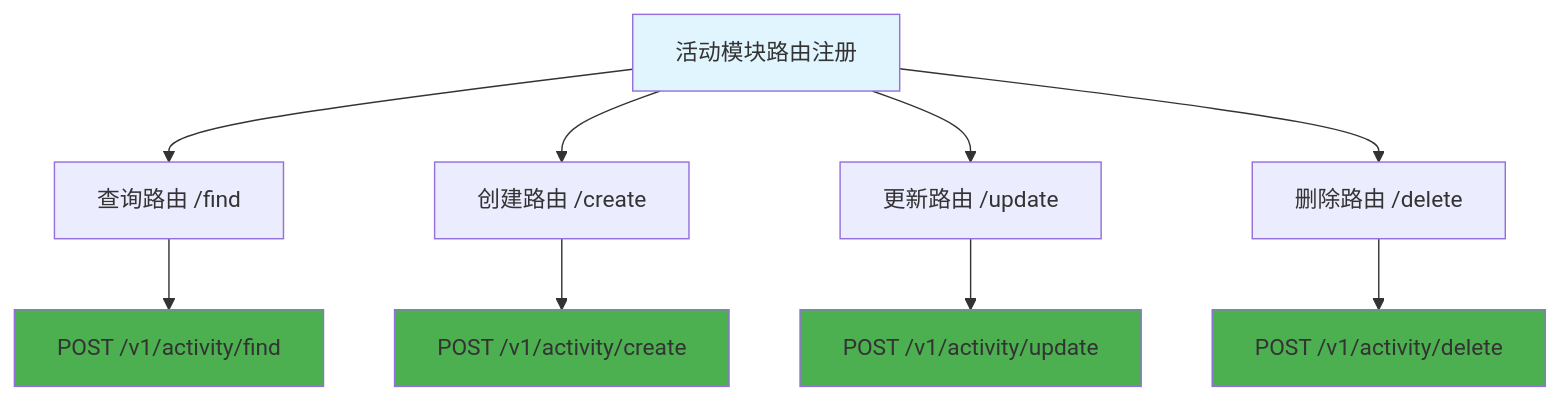
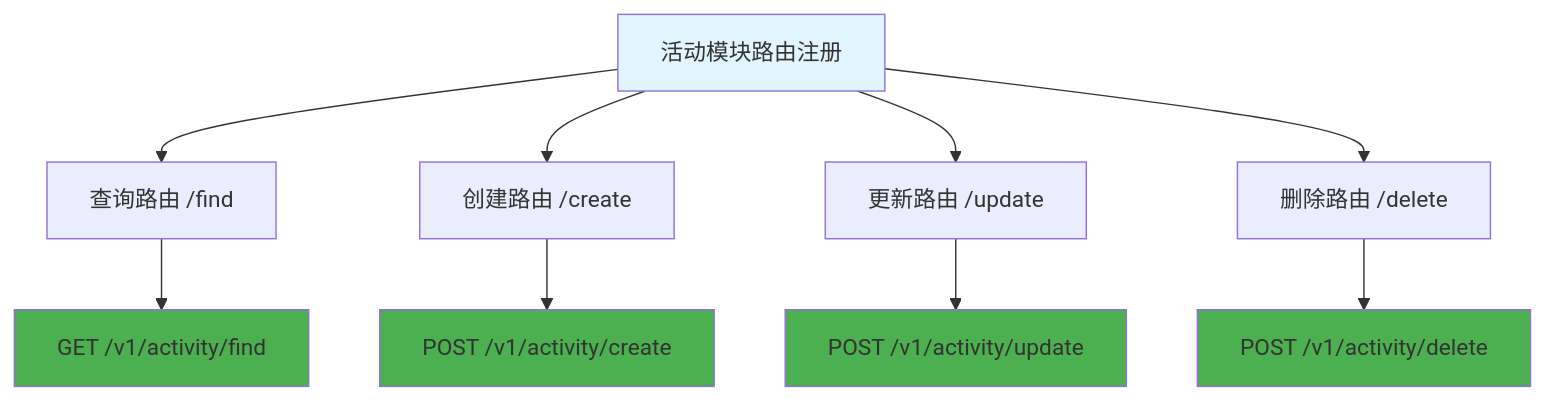
One commit to imatrixme/ikanyue changed the diagram in ikanyue.mapi.hono/src/routes/activity/index.js.md. Above: the diagram before and after it, drawn with Mermaid. The commit also changed other lines of this file and 12 other files, not shown here.

````diff
--- a/ikanyue.mapi.hono/src/routes/activity/index.js.md
+++ b/ikanyue.mapi.hono/src/routes/activity/index.js.md
@@ -8,18 +9,18 @@
 ```mermaid
 flowchart TD
     A[活动模块路由注册] --> B[查询路由 /find]
     A --> C[创建路由 /create]
     A --> D[更新路由 /update]
     A --> E[删除路由 /delete]
-    
-    B --> B1[POST /v1/activity/find]
+
+    B --> B1[GET /v1/activity/find]
     C --> C1[POST /v1/activity/create]
     D --> D1[POST /v1/activity/update]
     E --> E1[POST /v1/activity/delete]
-    
+
     style A fill:#e1f5fe
     style B1 fill:#4caf50
     style C1 fill:#4caf50
     style D1 fill:#4caf50
     style E1 fill:#4caf50
 ```
````
